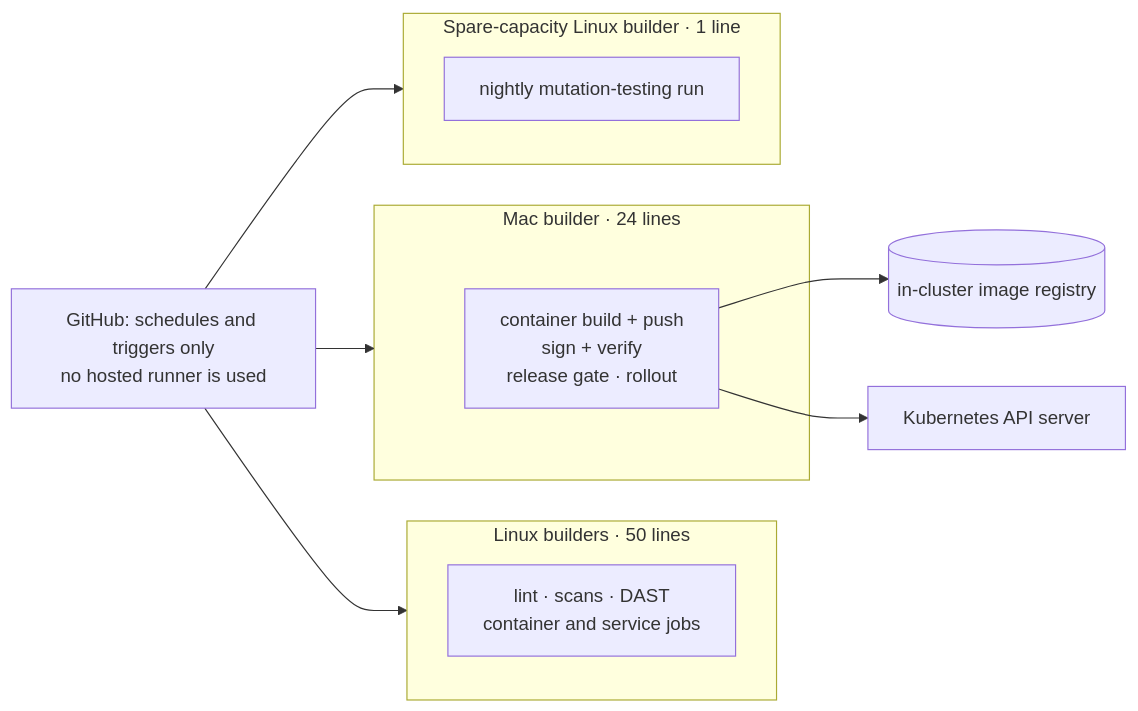
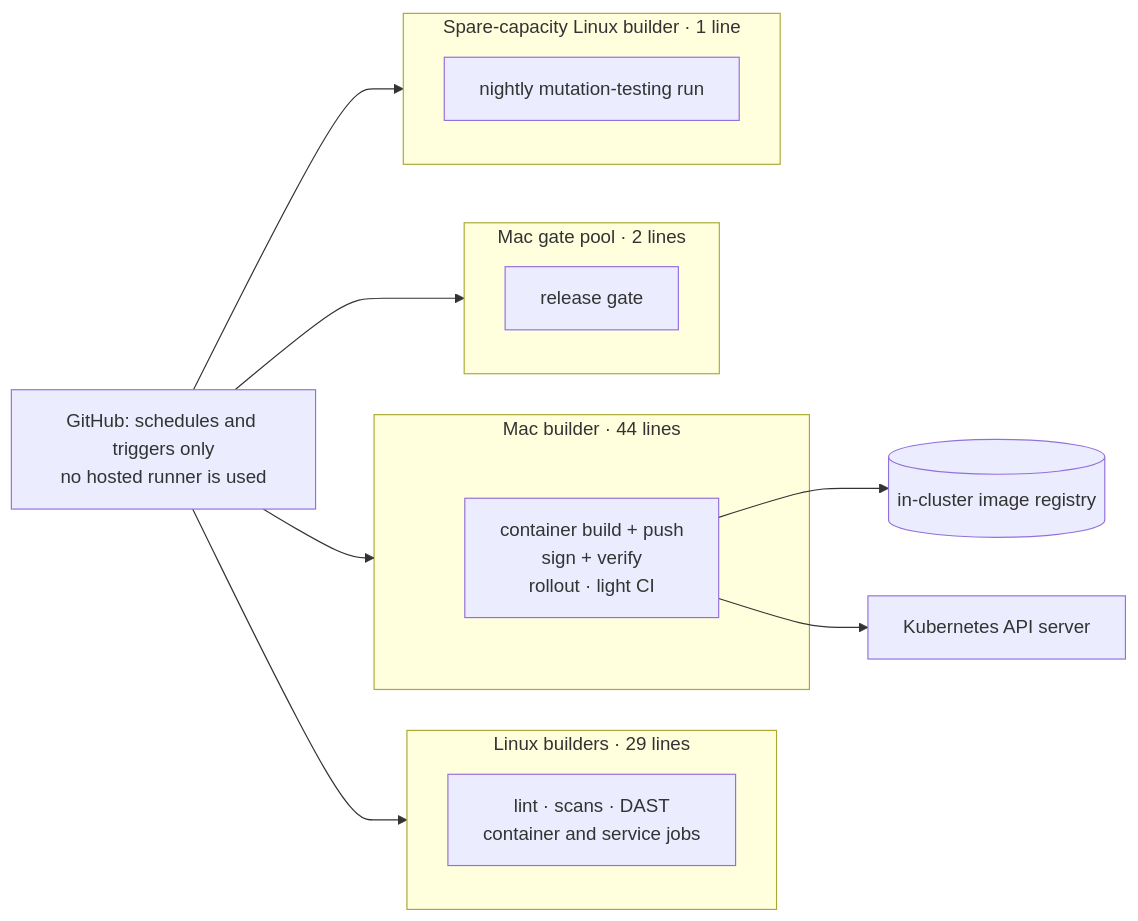
One commit to schultzzznet/schultzzznet changed the first of 3 diagrams in docs/platform.md. Above: the diagram before and after it, drawn with Mermaid. The commit also changed other lines of this file and 5 other files, not shown here.

````diff
--- a/docs/platform.md
+++ b/docs/platform.md
@@ -43,18 +44,22 @@
 ```mermaid
 flowchart LR
   GH["GitHub: schedules and triggers only<br/>no hosted runner is used"]
-  subgraph LIN["Linux builders · 50 lines"]
+  subgraph LIN["Linux builders · 29 lines"]
     A["lint · scans · DAST<br/>container and service jobs"]
   end
-  subgraph MAC["Mac builder · 24 lines"]
-    B["container build + push<br/>sign + verify<br/>release gate · rollout"]
+  subgraph MAC["Mac builder · 44 lines"]
+    B["container build + push<br/>sign + verify<br/>rollout · light CI"]
+  end
+  subgraph GATE["Mac gate pool · 2 lines"]
+    G["release gate"]
   end
   subgraph WIFI["Spare-capacity Linux builder · 1 line"]
     W["nightly mutation-testing run"]
   end
   GH --> LIN
   GH --> MAC
+  GH --> GATE
   GH --> WIFI
   B --> REG[("in-cluster image registry")]
   B --> API["Kubernetes API server"]
 ```
````
